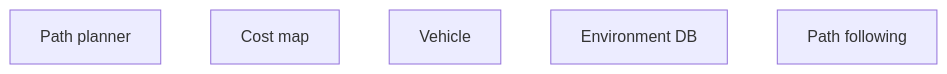
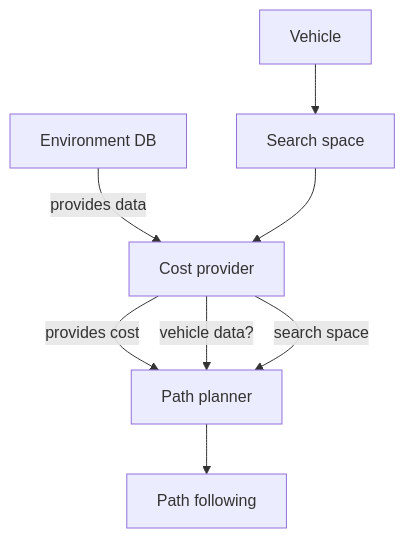
The first of 2 diagrams in docs/vault/api.md (henrikuuste/codejam22-template), drawn with Mermaid before and after one commit. The commit also changed other lines of this file and 3 other files, not shown here.

````diff
--- a/docs/vault/api.md
+++ b/docs/vault/api.md
@@ -31,8 +31,16 @@
 ```mermaid
 flowchart TD;
   PP[Path planner]
-  CM[Cost map]
+  CM[Cost provider]
   V[Vehicle]
   EDB[Environment DB]
   PF[Path following]
+  S[Search space]
+  CM-- provides cost -->PP
+  CM-- vehicle data? -->PP
+  CM-- search space -->PP
+  PP-->PF
+  EDB-- provides data -->CM
+  V-->S
+  S-->CM
 ```
````
